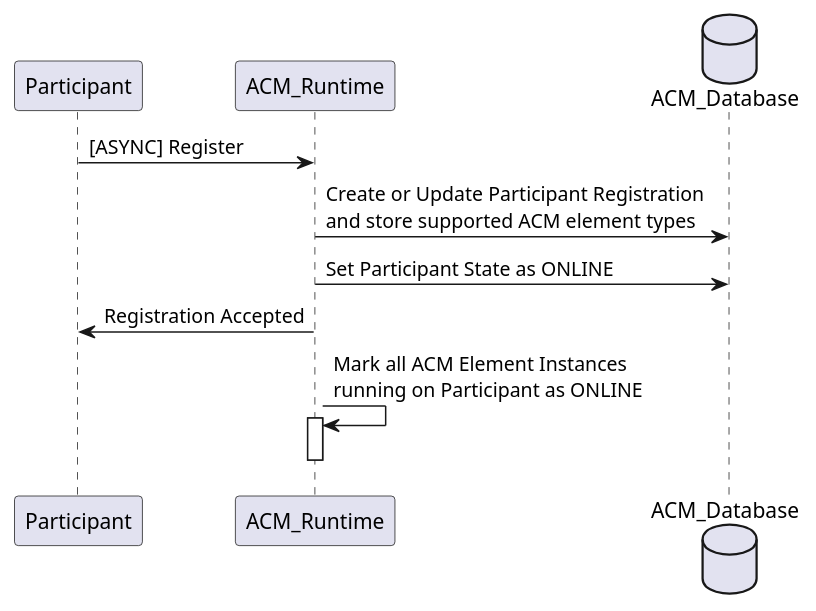
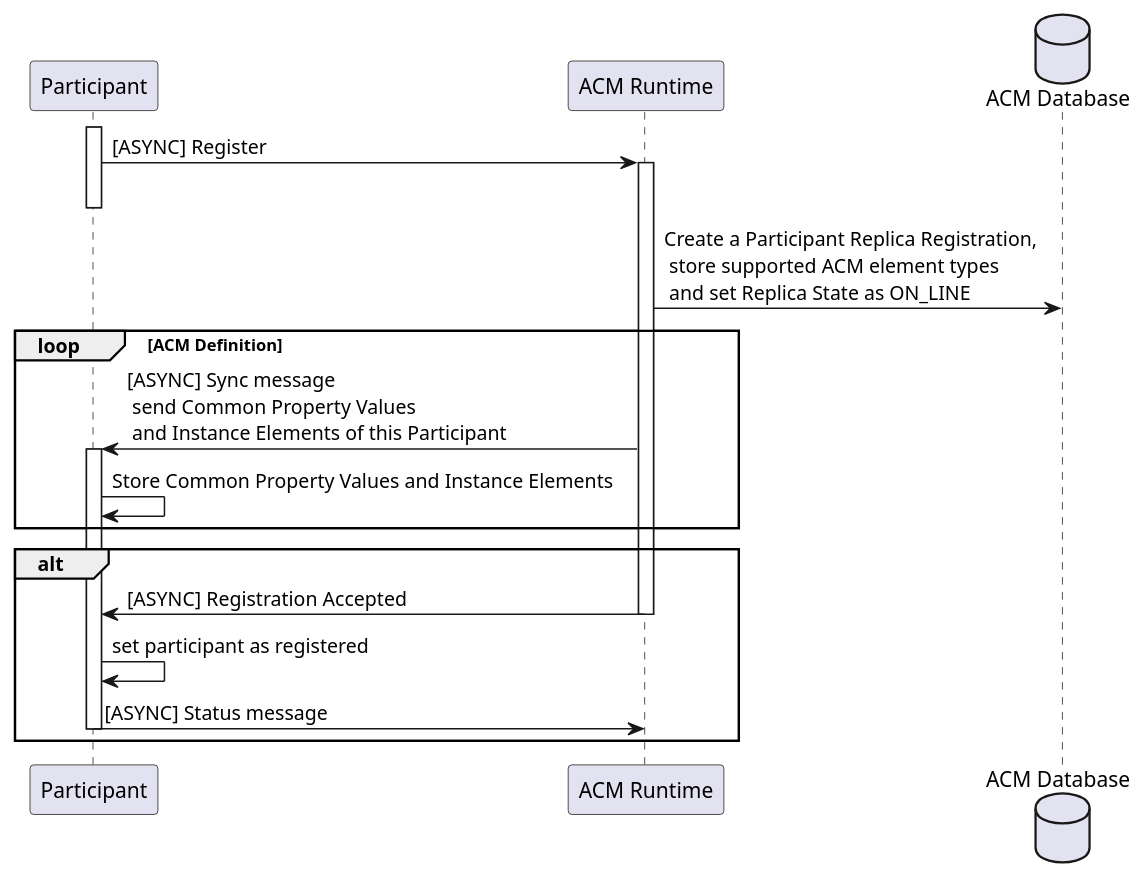
The diagram in docs/clamp/acm/plantuml/system-dialogues/RegisterParticipant.puml (onap/policy-parent), drawn with PlantUML before and after one commit. The commit also changed 40 other files, not shown here.

First line of the commit message:
Add sync message in system dialogs in docs

```diff
--- a/docs/clamp/acm/plantuml/system-dialogues/RegisterParticipant.puml
+++ b/docs/clamp/acm/plantuml/system-dialogues/RegisterParticipant.puml
@@ -1,16 +1,24 @@
 @startuml
 
 participant Participant
-participant ACM_Runtime
-database ACM_Database
+participant "ACM Runtime"
+database "ACM Database"
 
-Participant -> ACM_Runtime: [ASYNC] Register
-ACM_Runtime -> ACM_Database: Create or Update Participant Registration\nand store supported ACM element types
-ACM_Runtime -> ACM_Database: Set Participant State as ONLINE
-Participant <- ACM_Runtime: Registration Accepted
-
-ACM_Runtime -> ACM_Runtime: Mark all ACM Element Instances\nrunning on Participant as ONLINE
-activate ACM_Runtime
-deactivate ACM_Runtime
-
+activate Participant
+  Participant -> "ACM Runtime": [ASYNC] Register
+activate "ACM Runtime"
+deactivate Participant
+  "ACM Runtime" -> "ACM Database": Create a Participant Replica Registration,\n store supported ACM element types \n and set Replica State as ON_LINE
+  loop ACM Definition
+    "ACM Runtime" -> Participant: [ASYNC] Sync message\n send Common Property Values\n and Instance Elements of this Participant
+activate Participant
+    Participant -> Participant: Store Common Property Values and Instance Elements
+  end loop
+  alt
+  "ACM Runtime" -> Participant: [ASYNC] Registration Accepted
+deactivate "ACM Runtime"
+Participant -> Participant:  set participant as registered
+Participant -> "ACM Runtime": [ASYNC] Status message
+deactivate Participant
+end
 @enduml
```
